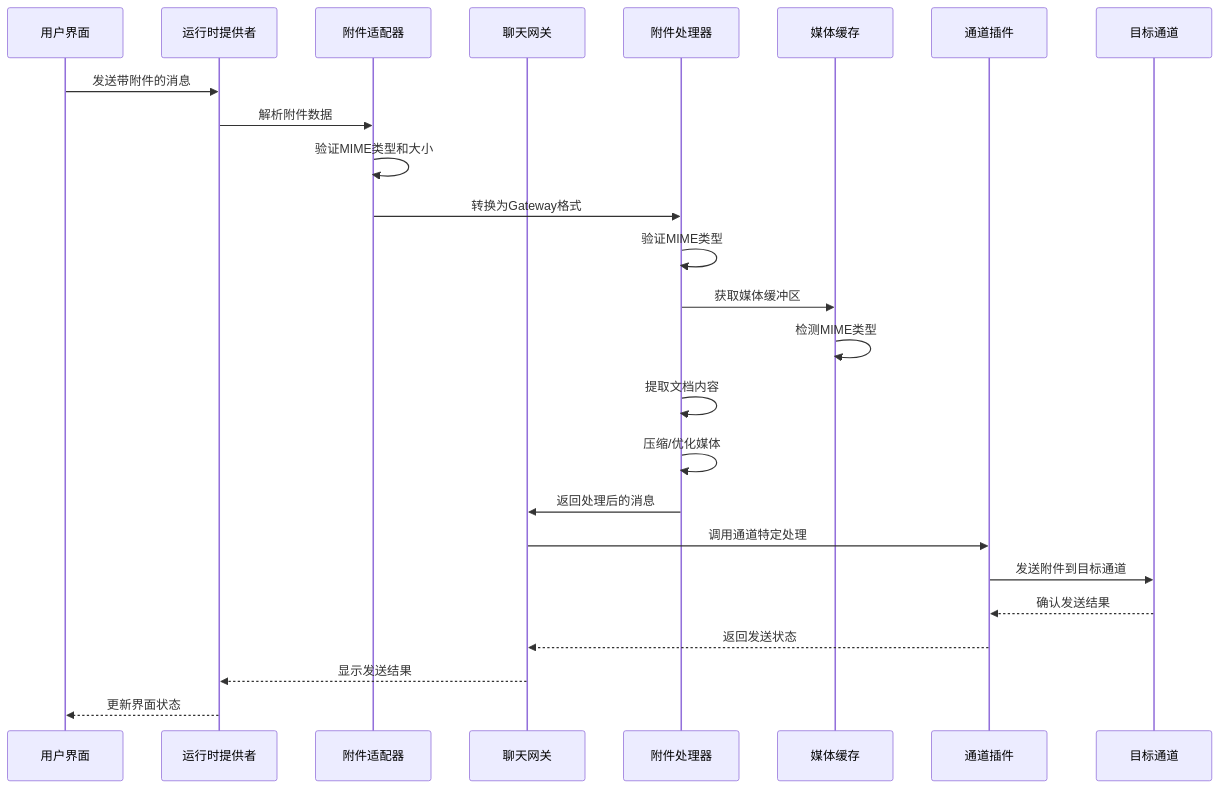
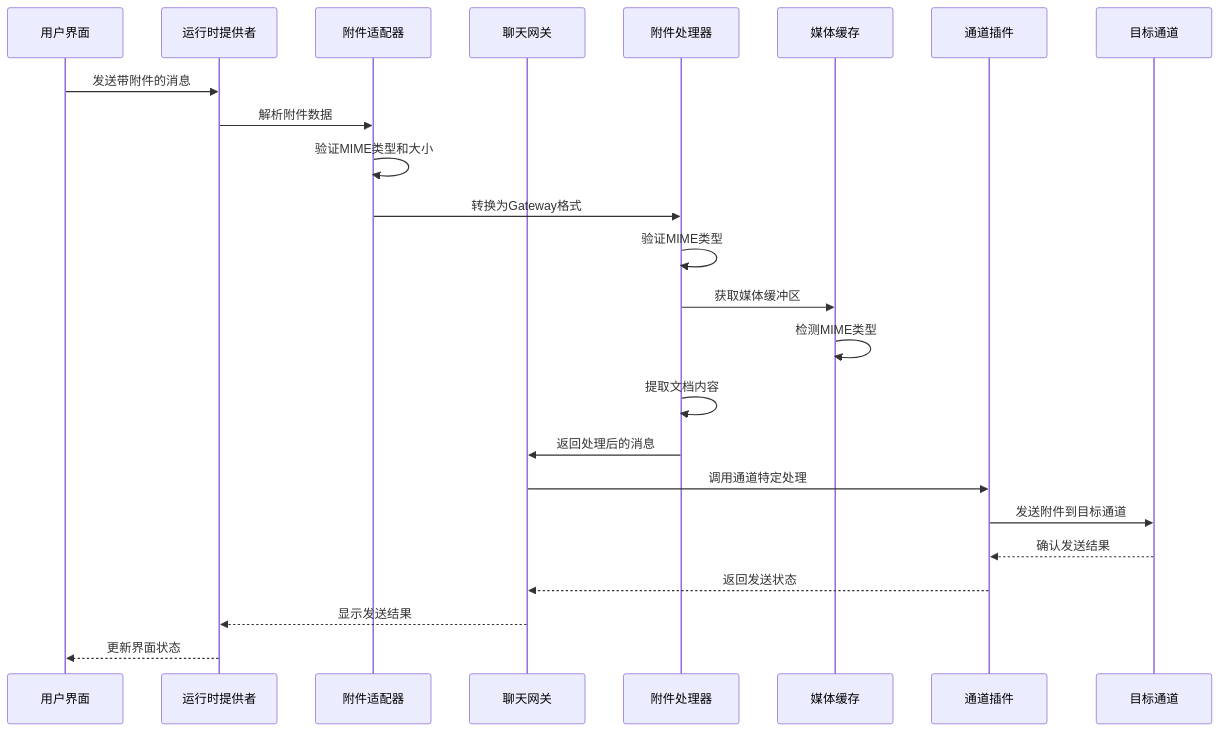
Before and after one commit to verse-ai-org/openclaw: the sixth of 14 diagrams in .qoder/repowiki/zh/content/Web界面/WebChat界面/聊天附件处理系统.md, drawn with Mermaid. The commit also changed other lines of this file and 86 other files, not shown here.

````diff
--- a/.qoder/repowiki/zh/content/Web界面/WebChat界面/聊天附件处理系统.md
+++ b/.qoder/repowiki/zh/content/Web界面/WebChat界面/聊天附件处理系统.md
@@ -284,27 +274,26 @@
 ```mermaid
 sequenceDiagram
 participant UI as 用户界面
 participant Runtime as 运行时提供者
 participant Adapter as 附件适配器
 participant Gateway as 聊天网关
 participant Processor as 附件处理器
 participant Cache as 媒体缓存
 participant Plugin as 通道插件
 participant Channel as 目标通道
 UI->>Runtime : 发送带附件的消息
 Runtime->>Adapter : 解析附件数据
 Adapter->>Adapter : 验证MIME类型和大小
 Adapter->>Processor : 转换为Gateway格式
 Processor->>Processor : 验证MIME类型
 Processor->>Cache : 获取媒体缓冲区
 Cache->>Cache : 检测MIME类型
 Processor->>Processor : 提取文档内容
-Processor->>Processor : 压缩/优化媒体
 Processor->>Gateway : 返回处理后的消息
 Gateway->>Plugin : 调用通道特定处理
 Plugin->>Channel : 发送附件到目标通道
 Channel-->>Plugin : 确认发送结果
 Plugin-->>Gateway : 返回发送状态
 Gateway-->>Runtime : 显示发送结果
 Runtime-->>UI : 更新界面状态
 ```
````
